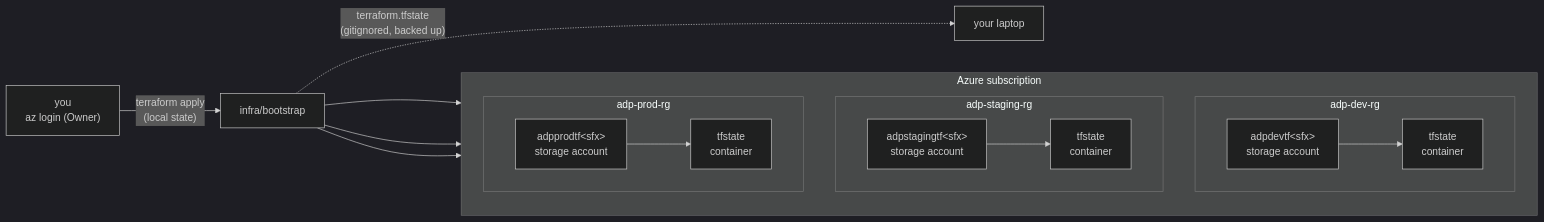
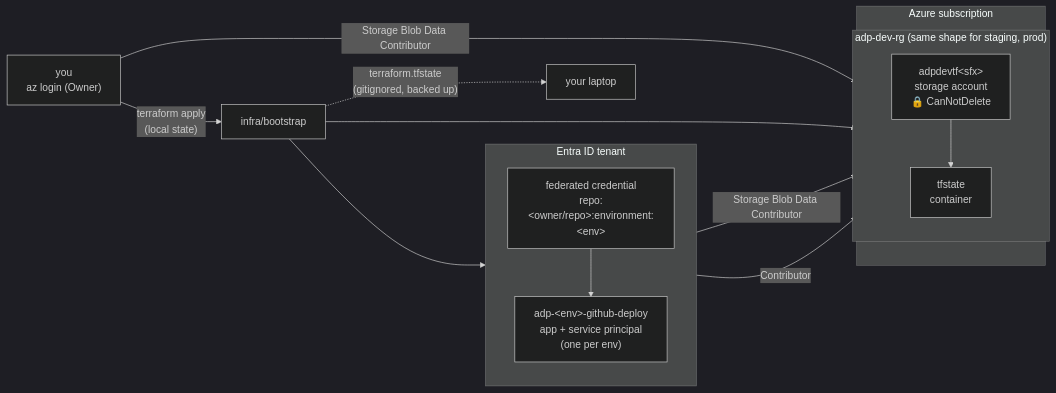
The first of 3 diagrams in docs/bootstrap.md (tymattes/azure-playground), drawn with Mermaid (dark theme) before and after one commit. The commit also changed other lines of this file and 10 other files, not shown here.

First line of the commit message:
Bootstrap: per-env deploy identities, RBAC, state locks (#5)

````diff
--- a/docs/bootstrap.md
+++ b/docs/bootstrap.md
@@ -5,22 +5,24 @@
 ```mermaid
 flowchart LR
     YOU["you<br/>az login (Owner)"] -- "terraform apply<br/>(local state)" --> BOOT["infra/bootstrap"]
 
+    subgraph TENANT["Entra ID tenant"]
+        direction TB
+        app["adp-&lt;env&gt;-github-deploy<br/>app + service principal<br/>(one per env)"]
+        fic["federated credential<br/>repo:&lt;owner/repo&gt;:environment:&lt;env&gt;"] --> app
+    end
+
     subgraph SUB["Azure subscription"]
         direction TB
-        subgraph DEV["adp-dev-rg"]
-            dev_sa["adpdevtf&lt;sfx&gt;<br/>storage account"] --> dev_c["tfstate<br/>container"]
-        end
-        subgraph STG["adp-staging-rg"]
-            stg_sa["adpstagingtf&lt;sfx&gt;<br/>storage account"] --> stg_c["tfstate<br/>container"]
-        end
-        subgraph PRD["adp-prod-rg"]
-            prd_sa["adpprodtf&lt;sfx&gt;<br/>storage account"] --> prd_c["tfstate<br/>container"]
+        subgraph DEV["adp-dev-rg (same shape for staging, prod)"]
+            dev_sa["adpdevtf&lt;sfx&gt;<br/>storage account<br/>🔒 CanNotDelete"] --> dev_c["tfstate<br/>container"]
         end
     end
 
-    BOOT --> DEV
-    BOOT --> STG
-    BOOT --> PRD
+    BOOT --> TENANT
+    BOOT --> SUB
+    app -- "Contributor" --> DEV
+    app -- "Storage Blob Data Contributor" --> dev_c
+    YOU -- "Storage Blob Data Contributor" --> dev_c
     BOOT -. "terraform.tfstate<br/>(gitignored, backed up)" .-> LOCAL["your laptop"]
 ```
````
